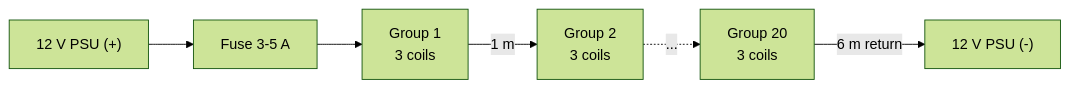
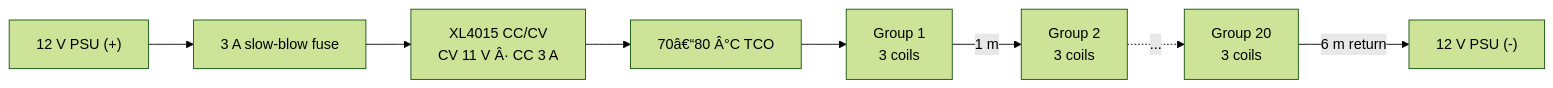
The first of 2 diagrams in README.md (SurasakNie/naodec), drawn with Mermaid (forest theme) before and after one commit. The commit also changed other lines of this file, not shown here.

````diff
--- a/README.md
+++ b/README.md
@@ -87,8 +104,10 @@
 ```mermaid
 flowchart LR
-  PSU["12 V PSU (+)"] --> F["Fuse 3-5 A"]
-  F --> G1["Group 1<br/>3 coils"]
+  PSU["12 V PSU (+)"] --> F["3 A slow-blow fuse"]
+  F --> B["XL4015 CC/CV<br/>CV 11 V Â· CC 3 A"]
+  B --> T["70â€“80 Â°C TCO"]
+  T --> G1["Group 1<br/>3 coils"]
   G1 -->|"1 m"| G2["Group 2<br/>3 coils"]
   G2 -.->|"..."| G20["Group 20<br/>3 coils"]
   G20 -->|"6 m return"| PSUN["12 V PSU (-)"]
 ```
````
